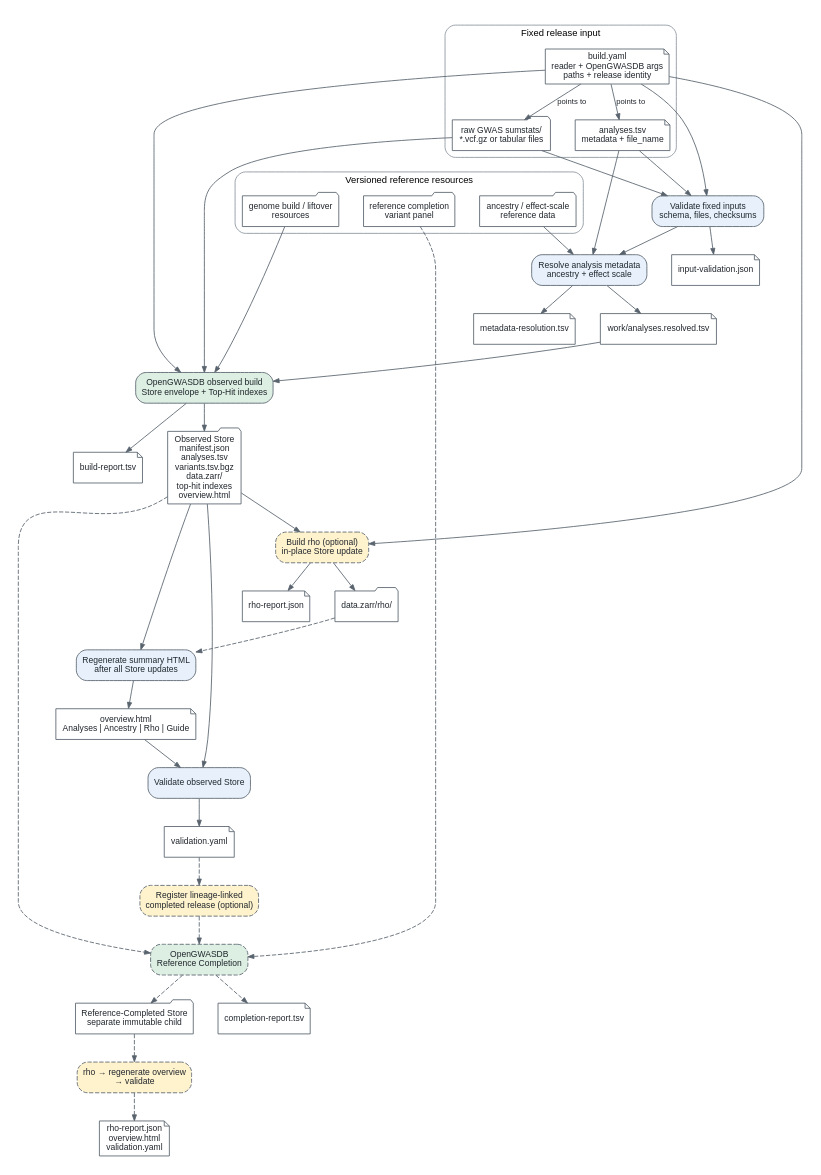
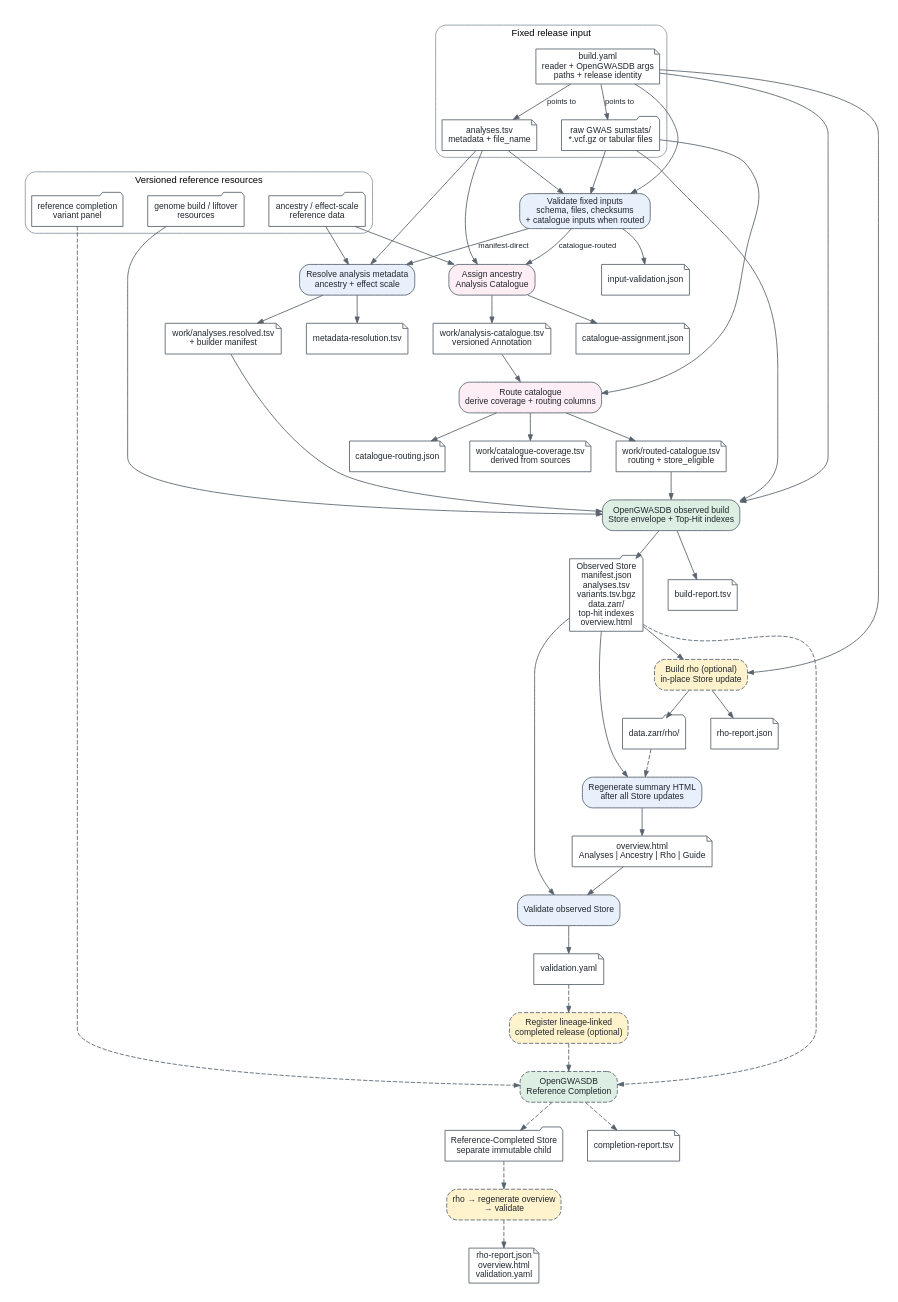
One commit to opengwas/opengwasdb-stores changed the diagram in docs/diagrams/store-release-workflow.dot. Above: the diagram before and after it, drawn with Graphviz. The commit also changed 32 other files, not shown here.

```diff
--- a/docs/diagrams/store-release-workflow.dot
+++ b/docs/diagrams/store-release-workflow.dot
@@ -1,91 +1,113 @@
 digraph store_release_workflow {
   graph [
     rankdir=TB,
     bgcolor="#ffffff",
     fontname="Arial",
     fontsize=11,
     nodesep=0.4,
     ranksep=0.45,
     pad=0.2
   ];
   node [fontname="Arial", fontsize=10, color="#59636e", fontcolor="#20262d"];
   edge [fontname="Arial", fontsize=9, color="#59636e", fontcolor="#20262d", arrowsize=0.7];
 
   subgraph cluster_inputs {
     label="Fixed release input";
     color="#8b949e";
     style="rounded";
     raw [shape=folder, label="raw GWAS sumstats/\n*.vcf.gz or tabular files"];
     analyses [shape=note, label="analyses.tsv\nmetadata + file_name"];
     config [shape=note, label="build.yaml\nreader + OpenGWASDB args\npaths + release identity"];
     config -> raw [label="points to"];
     config -> analyses [label="points to"];
   }
 
   subgraph cluster_refs {
     label="Versioned reference resources";
     color="#8b949e";
     style="rounded";
     ancestry [shape=folder, label="ancestry / effect-scale\nreference data"];
     genome [shape=folder, label="genome build / liftover\nresources"];
     panel [shape=folder, label="reference completion\nvariant panel"];
   }
 
-  validate_inputs [shape=box, style="rounded,filled", fillcolor="#e8f1fb", label="Validate fixed inputs\nschema, files, checksums"];
+  validate_inputs [shape=box, style="rounded,filled", fillcolor="#e8f1fb", label="Validate fixed inputs\nschema, files, checksums\n+ catalogue inputs when routed"];
   input_report [shape=note, label="input-validation.json"];
+
+  // Pre-build path A: manifest-direct (build.command is a build-* command).
   resolve [shape=box, style="rounded,filled", fillcolor="#e8f1fb", label="Resolve analysis metadata\nancestry + effect scale"];
-  resolved [shape=note, label="work/analyses.resolved.tsv"];
+  resolved [shape=note, label="work/analyses.resolved.tsv\n+ builder manifest"];
   resolution_report [shape=note, label="metadata-resolution.tsv"];
+
+  // Pre-build path B: catalogue-routed (build.command is build-hybrid-from-catalogue).
+  assign_ancestry [shape=box, style="rounded,filled", fillcolor="#fdeef5", label="Assign ancestry\nAnalysis Catalogue"];
+  catalogue [shape=note, label="work/analysis-catalogue.tsv\nversioned Annotation"];
+  assignment_report [shape=note, label="catalogue-assignment.json"];
+  route_catalogue [shape=box, style="rounded,filled", fillcolor="#fdeef5", label="Route catalogue\nderive coverage + routing columns"];
+  coverage [shape=note, label="work/catalogue-coverage.tsv\nderived from sources"];
+  routed [shape=note, label="work/routed-catalogue.tsv\nrouting + store_eligible"];
+  routing_report [shape=note, label="catalogue-routing.json"];
   build [shape=box, style="rounded,filled", fillcolor="#dcefe2", label="OpenGWASDB observed build\nStore envelope + Top-Hit indexes"];
   observed [shape=folder, label="Observed Store\nmanifest.json\nanalyses.tsv\nvariants.tsv.bgz\ndata.zarr/\ntop-hit indexes\noverview.html"];
   build_report [shape=note, label="build-report.tsv"];
   rho [shape=box, style="rounded,filled,dashed", fillcolor="#fff3cd", label="Build rho (optional)\nin-place Store update"];
   rho_data [shape=folder, label="data.zarr/rho/"];
   rho_report [shape=note, label="rho-report.json"];
   overview [shape=box, style="rounded,filled", fillcolor="#e8f1fb", label="Regenerate summary HTML\nafter all Store updates"];
   overview_html [shape=note, label="overview.html\nAnalyses | Ancestry | Rho | Guide"];
   validate_observed [shape=box, style="rounded,filled", fillcolor="#e8f1fb", label="Validate observed Store"];
   observed_validation [shape=note, label="validation.yaml"];
 
   config -> validate_inputs;
   analyses -> validate_inputs;
   raw -> validate_inputs;
   validate_inputs -> input_report;
-  validate_inputs -> resolve;
+  validate_inputs -> resolve [label="manifest-direct"];
+  validate_inputs -> assign_ancestry [label="catalogue-routed"];
   analyses -> resolve;
   ancestry -> resolve;
   resolve -> resolved;
   resolve -> resolution_report;
+  analyses -> assign_ancestry;
+  ancestry -> assign_ancestry;
+  assign_ancestry -> catalogue;
+  assign_ancestry -> assignment_report;
+  catalogue -> route_catalogue;
+  raw -> route_catalogue;
+  route_catalogue -> coverage;
+  route_catalogue -> routed;
+  route_catalogue -> routing_report;
   resolved -> build;
+  routed -> build;
   raw -> build;
   config -> build;
   genome -> build;
   build -> observed;
   build -> build_report;
   observed -> rho;
   config -> rho;
   rho -> rho_data;
   rho -> rho_report;
   observed -> overview;
   rho_data -> overview [style=dashed];
   overview -> overview_html;
   observed -> validate_observed;
   overview_html -> validate_observed;
   validate_observed -> observed_validation;
 
   register_child [shape=box, style="rounded,filled,dashed", fillcolor="#fff3cd", label="Register lineage-linked\ncompleted release (optional)"];
   complete [shape=box, style="rounded,filled,dashed", fillcolor="#dcefe2", label="OpenGWASDB\nReference Completion"];
   completed [shape=folder, label="Reference-Completed Store\nseparate immutable child"];
   completion_report [shape=note, label="completion-report.tsv"];
   child_finish [shape=box, style="rounded,filled,dashed", fillcolor="#fff3cd", label="rho → regenerate overview\n→ validate"];
   child_reports [shape=note, label="rho-report.json\noverview.html\nvalidation.yaml"];
 
   observed_validation -> register_child [style=dashed];
   register_child -> complete [style=dashed];
   observed -> complete [style=dashed];
   panel -> complete [style=dashed];
   complete -> completed [style=dashed];
   complete -> completion_report [style=dashed];
   completed -> child_finish [style=dashed];
   child_finish -> child_reports [style=dashed];
 }
```
